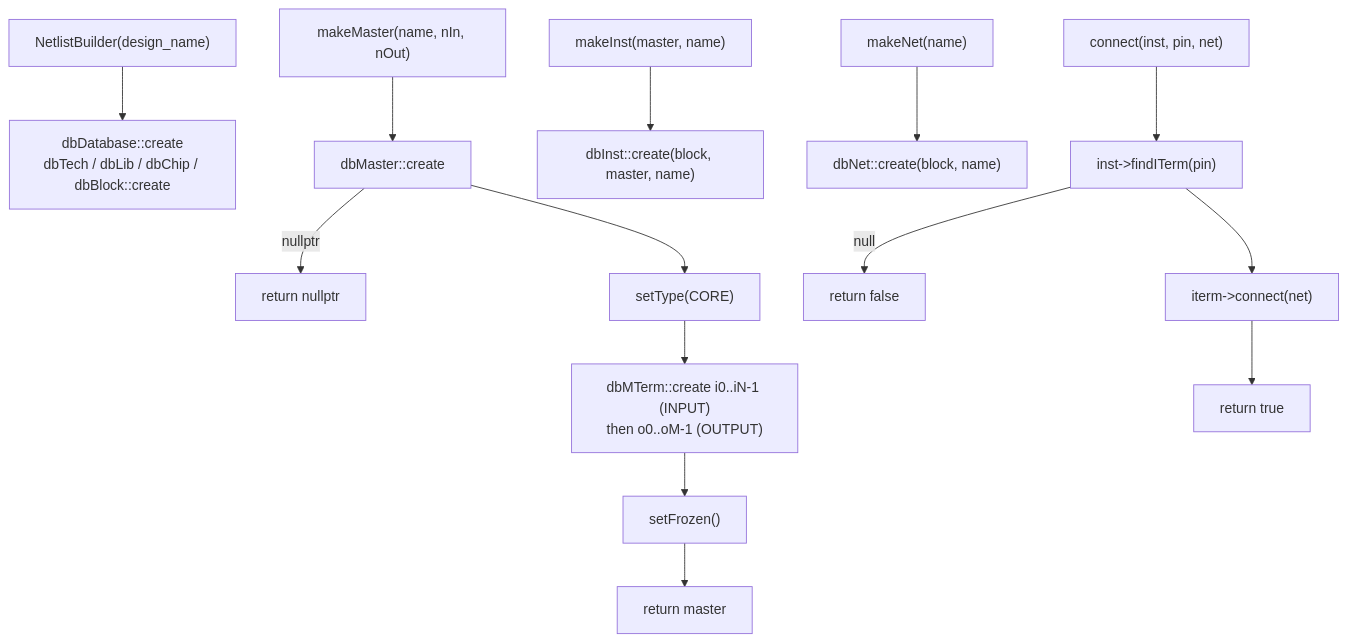
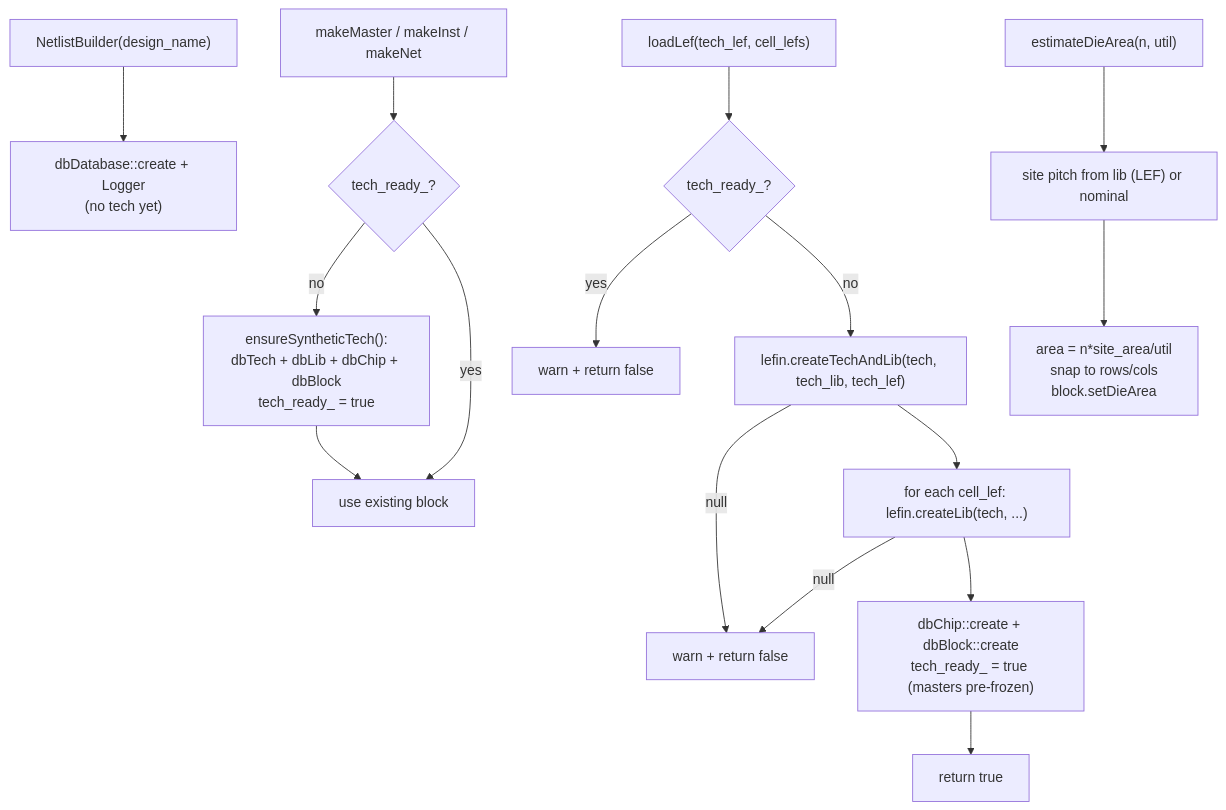
Before and after one commit to rfive88/eda-lab: the second of 7 diagrams in src/engines/netlistgen/FLOW.md, drawn with Mermaid. The commit also changed other lines of this file and 8 other files, not shown here.

````diff
--- a/src/engines/netlistgen/FLOW.md
+++ b/src/engines/netlistgen/FLOW.md
@@ -43,19 +46,21 @@
 ```mermaid
 graph TD
-  ctor["NetlistBuilder(design_name)"] --> mk["dbDatabase::create<br/>dbTech / dbLib / dbChip / dbBlock::create"]
+  ctor["NetlistBuilder(design_name)"] --> dbonly["dbDatabase::create + Logger<br/>(no tech yet)"]
 
-  mm["makeMaster(name, nIn, nOut)"] --> c1["dbMaster::create"]
-  c1 -->|nullptr| ret0[return nullptr]
-  c1 --> setcore["setType(CORE)"]
-  setcore --> pins["dbMTerm::create i0..iN-1 (INPUT)<br/>then o0..oM-1 (OUTPUT)"]
-  pins --> frz["setFrozen()"]
-  frz --> retm[return master]
+  mm["makeMaster / makeInst / makeNet"] --> est{"tech_ready_?"}
+  est -->|no| synth["ensureSyntheticTech():<br/>dbTech + dbLib + dbChip + dbBlock<br/>tech_ready_ = true"]
+  est -->|yes| use[use existing block]
+  synth --> use
 
-  mi["makeInst(master, name)"] --> ci["dbInst::create(block, master, name)"]
-  mn["makeNet(name)"] --> cn["dbNet::create(block, name)"]
+  ll["loadLef(tech_lef, cell_lefs)"] --> chk{"tech_ready_?"}
+  chk -->|yes| fail0["warn + return false"]
+  chk -->|no| ct["lefin.createTechAndLib(tech, tech_lib, tech_lef)"]
+  ct -->|null| fail1["warn + return false"]
+  ct --> cl["for each cell_lef: lefin.createLib(tech, ...)"]
+  cl -->|null| fail1
+  cl --> mkblk["dbChip::create + dbBlock::create<br/>tech_ready_ = true (masters pre-frozen)"]
+  mkblk --> ok[return true]
 
-  cn2["connect(inst, pin, net)"] --> fit["inst->findITerm(pin)"]
-  fit -->|null| retf[return false]
-  fit --> con["iterm->connect(net)"]
-  con --> rett[return true]
+  eda["estimateDieArea(n, util)"] --> site["site pitch from lib (LEF) or nominal"]
+  site --> box["area = n*site_area/util<br/>snap to rows/cols<br/>block.setDieArea"]
 ```
````
